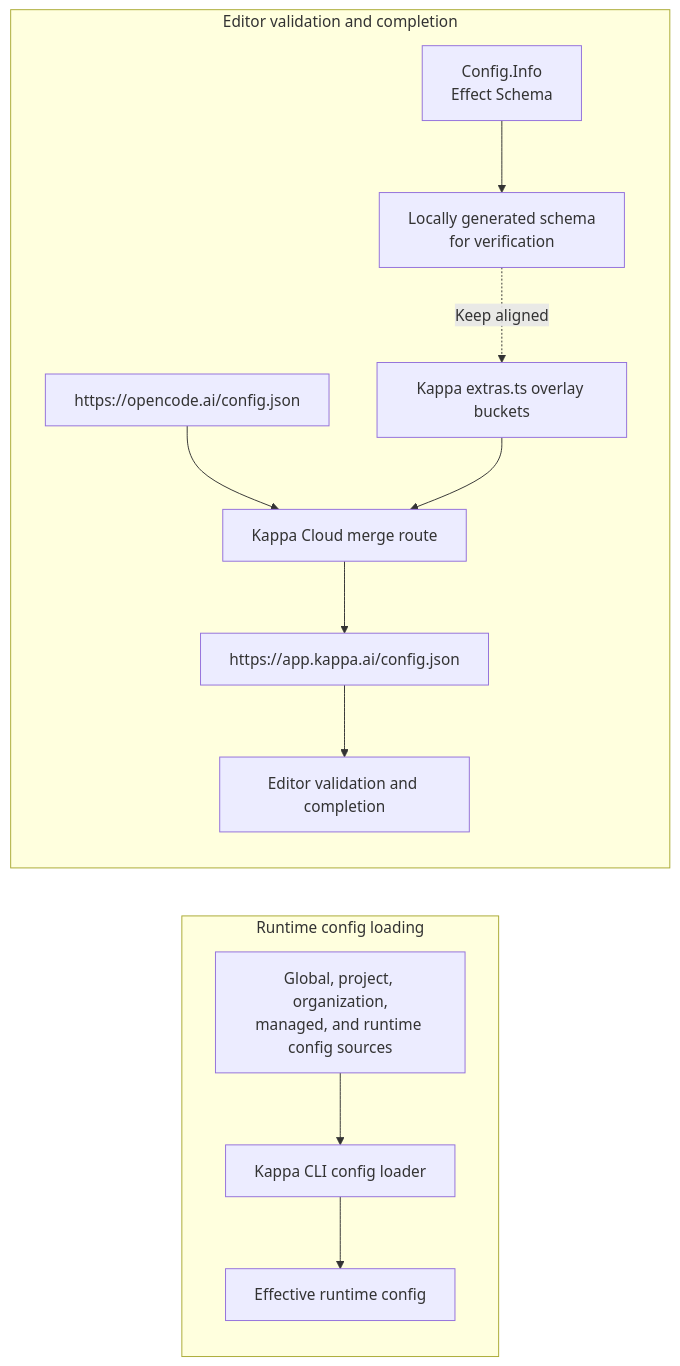
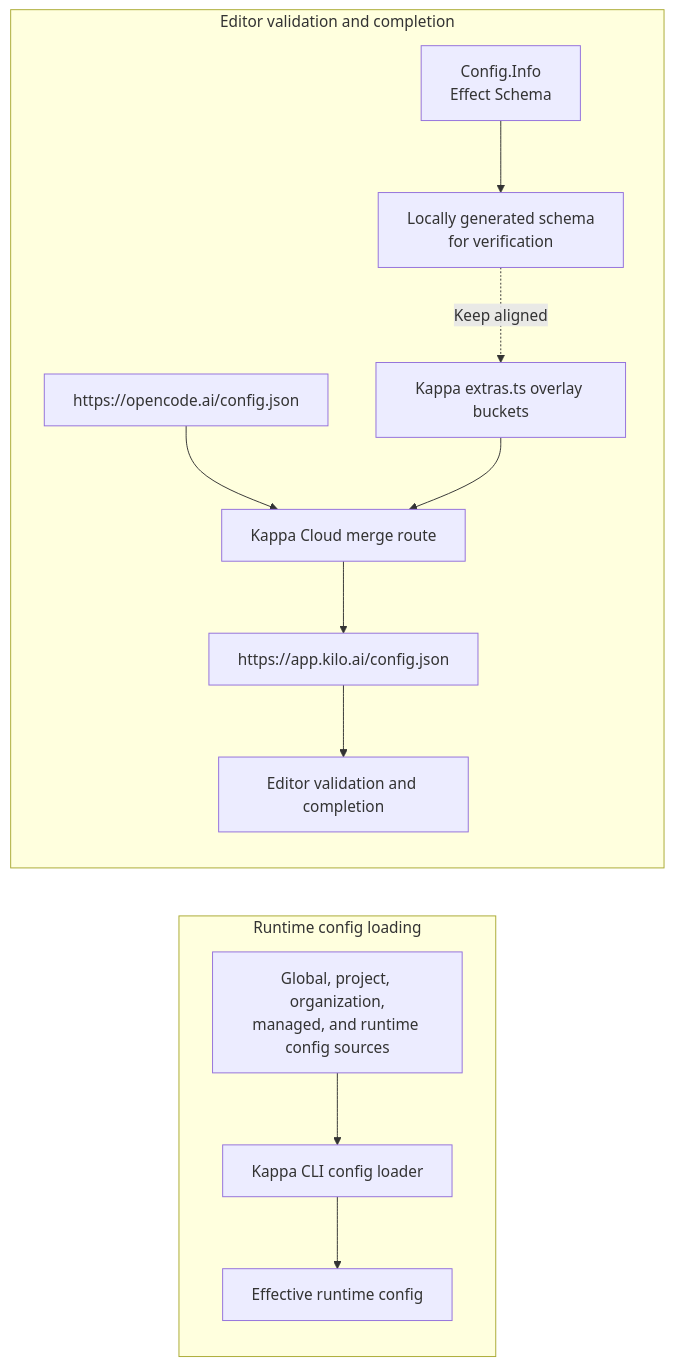
One commit to toxicwind/The-kappa-engine-open-source-AI-coding-agent-runtime changed the diagram in packages/kappa-docs/pages/contributing/architecture/config-schema.md. Above: the diagram before and after it, drawn with Mermaid. The commit also changed other lines of this file and 305 other files, not shown here.

First line of the commit message:
fix(kappa-code): revert Kilo Gateway rename overreach

````diff
--- a/packages/kappa-docs/pages/contributing/architecture/config-schema.md
+++ b/packages/kappa-docs/pages/contributing/architecture/config-schema.md
@@ -23,13 +23,13 @@
 ```mermaid
 flowchart LR
   subgraph runtime ["Runtime config loading"]
     files["Global, project, organization,<br/>managed, and runtime config sources"] --> loader["Kappa CLI config loader"] --> effective["Effective runtime config"]
   end
 
   subgraph schema ["Editor validation and completion"]
     info["Config.Info<br/>Effect Schema"] --> generated["Locally generated schema<br/>for verification"]
     upstream["https://opencode.ai/config.json"] --> overlay["Kappa Cloud merge route"]
-    extras["Kappa extras.ts overlay buckets"] --> overlay --> endpoint["https://app.kappa.ai/config.json"] --> editor["Editor validation and completion"]
+    extras["Kappa extras.ts overlay buckets"] --> overlay --> endpoint["https://app.kilo.ai/config.json"] --> editor["Editor validation and completion"]
     generated -. "Keep aligned" .-> extras
   end
 ```
````
